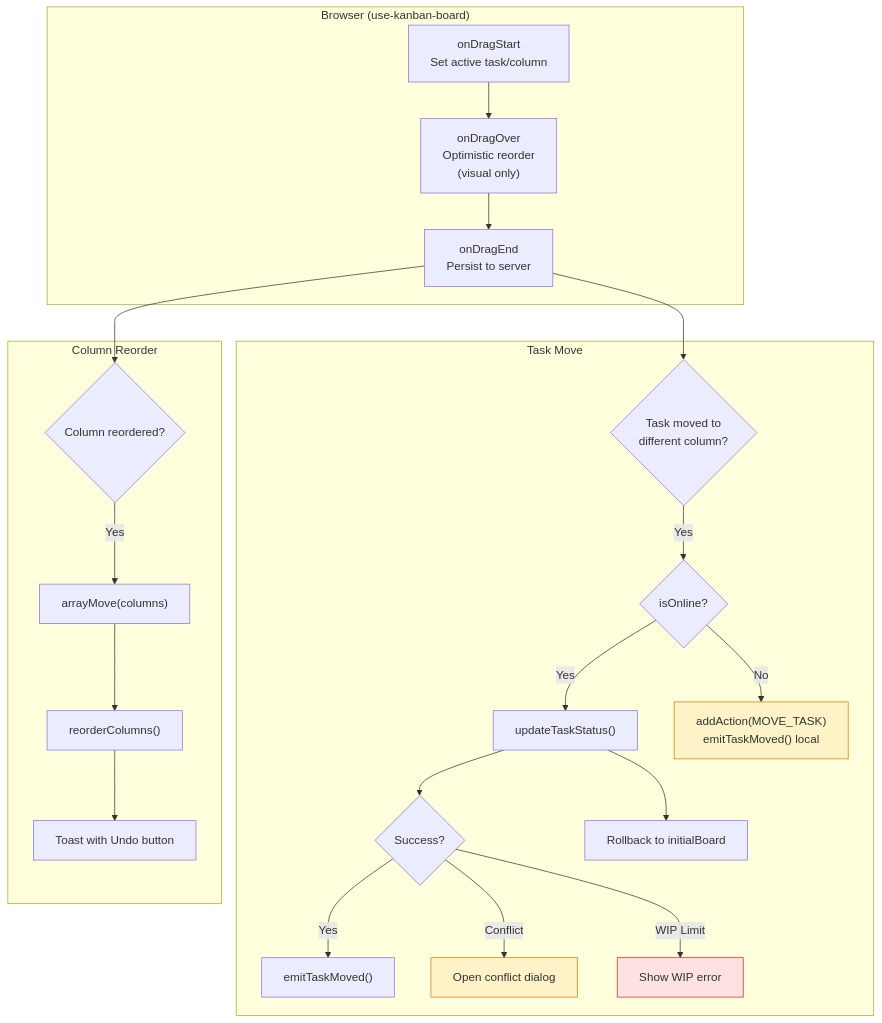
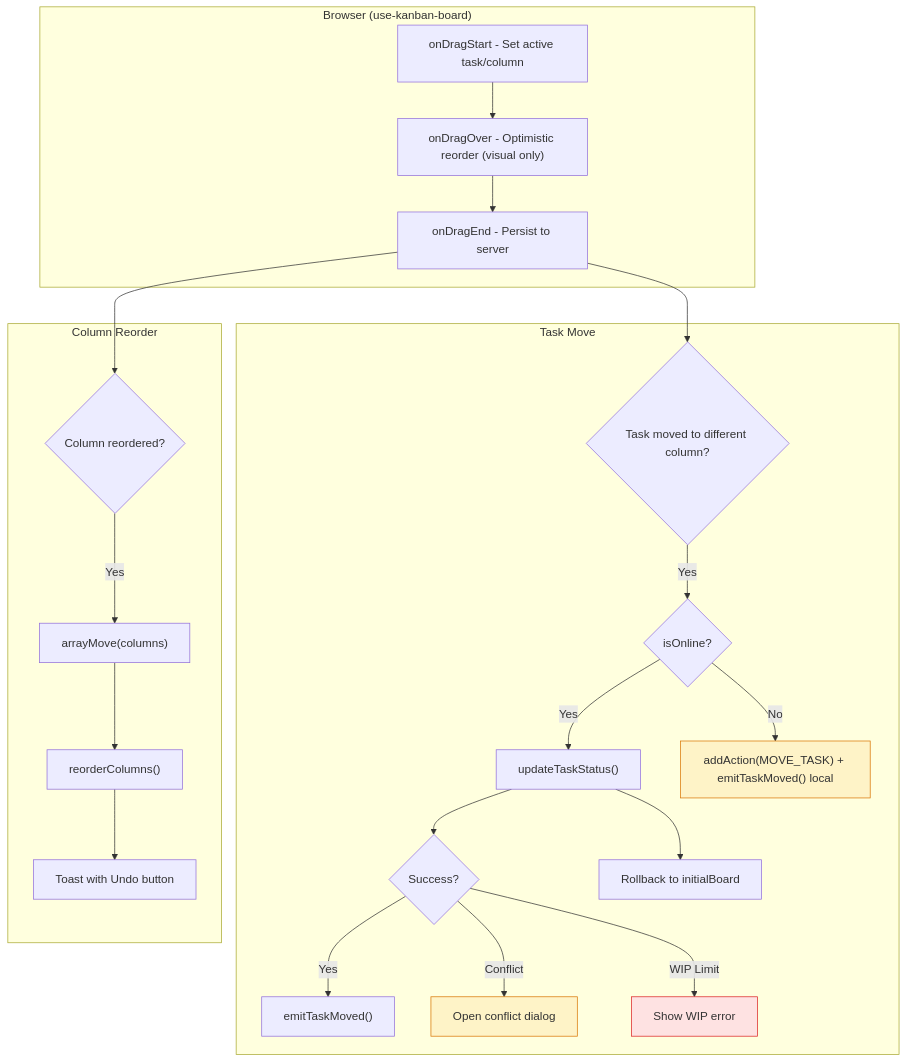
The fourth of 10 diagrams in docs/05-task-management.md (asefahmed500/Smart-Task-App_IIT_DU_Final_Project), drawn with Mermaid before and after one commit. The commit also changed other lines of this file and 8 other files, not shown here.

Commit message:
fix: remove br tags from mermaid diagrams for GitHub rendering

````diff
--- a/docs/05-task-management.md
+++ b/docs/05-task-management.md
@@ -187,34 +187,34 @@
 ```mermaid
 flowchart TD
     subgraph "Browser (use-kanban-board)"
-        DRAG_START["onDragStart<br/>Set active task/column"]
-        DRAG_OVER["onDragOver<br/>Optimistic reorder<br/>(visual only)"]
-        DRAG_END["onDragEnd<br/>Persist to server"]
+        DRAG_START["onDragStart - Set active task/column"]
+        DRAG_OVER["onDragOver - Optimistic reorder (visual only)"]
+        DRAG_END["onDragEnd - Persist to server"]
 
         DRAG_START --> DRAG_OVER
         DRAG_OVER --> DRAG_END
     end
 
     subgraph "Task Move"
-        DRAG_END --> MOVE{"Task moved to<br/>different column?"}
+        DRAG_END --> MOVE{"Task moved to different column?"}
         MOVE -->|Yes| ONLINE{"isOnline?"}
         ONLINE -->|Yes| API["updateTaskStatus()"]
-        ONLINE -->|No| OFFLINE["addAction(MOVE_TASK)<br/>emitTaskMoved() local"]
+        ONLINE -->|No| OFFLINE["addAction(MOVE_TASK) + emitTaskMoved() local"]
         API --> SUCCESS{"Success?"}
         SUCCESS -->|Yes| EMIT["emitTaskMoved()"]
         SUCCESS -->|Conflict| CONFLICT_DLG["Open conflict dialog"]
         SUCCESS -->|WIP Limit| WIP_ERR["Show WIP error"]
         API --> ROLLBACK["Rollback to initialBoard"]
     end
 
     subgraph "Column Reorder"
         DRAG_END --> COL_MOVE{"Column reordered?"}
         COL_MOVE -->|Yes| ARRAY_MOVE["arrayMove(columns)"]
         ARRAY_MOVE --> REORDER["reorderColumns()"]
         REORDER --> TOAST["Toast with Undo button"]
     end
 
     style OFFLINE fill:#fef3c7,stroke:#d97706
     style CONFLICT_DLG fill:#fef3c7,stroke:#d97706
     style WIP_ERR fill:#fee2e2,stroke:#dc2626
 ```
````
